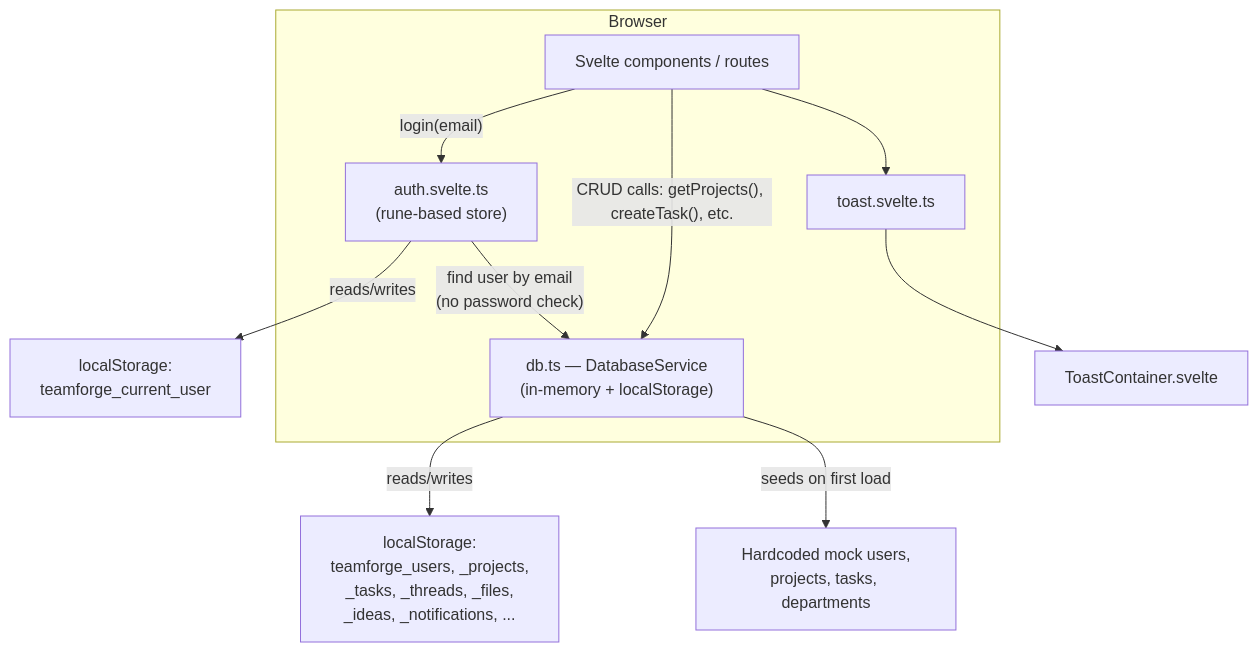
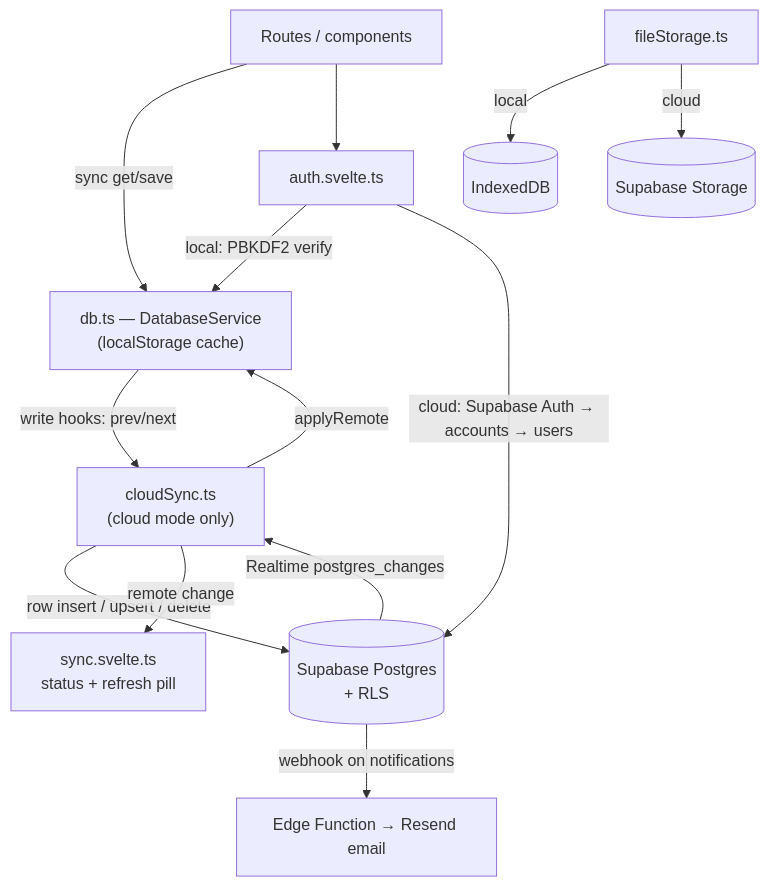
One commit to Arul-Prakash-K-C/Project-Sync changed the diagram in TeamForge/PIPELINE.md. Above: the diagram before and after it, drawn with Mermaid. The commit also changed other lines of this file and 58 other files, not shown here.

````diff
--- a/TeamForge/PIPELINE.md
+++ b/TeamForge/PIPELINE.md
@@ -30,20 +27,14 @@
 ```mermaid
 flowchart TD
-    subgraph Browser
-        UI[Svelte components / routes]
-        AuthStore["auth.svelte.ts\n(rune-based store)"]
-        ToastStore["toast.svelte.ts"]
-        DB["db.ts — DatabaseService\n(in-memory + localStorage)"]
-    end
-
-    UI -->|"login(email)"| AuthStore
-    AuthStore -->|reads/writes| LS1["localStorage:\nteamforge_current_user"]
-    AuthStore -->|"find user by email\n(no password check)"| DB
-
-    UI -->|"CRUD calls: getProjects(), createTask(), etc."| DB
-    DB -->|reads/writes| LS2["localStorage:\nteamforge_users, _projects,\n_tasks, _threads, _files,\n_ideas, _notifications, ..."]
-    DB -->|seeds on first load| SeedData["Hardcoded mock users,\nprojects, tasks, departments"]
-
-    UI --> ToastStore
-    ToastStore --> ToastContainer["ToastContainer.svelte"]
+    UI[Routes / components] -->|sync get/save| DB["db.ts — DatabaseService<br/>(localStorage cache)"]
+    UI --> Auth["auth.svelte.ts"]
+    DB -->|write hooks: prev/next| Sync["cloudSync.ts<br/>(cloud mode only)"]
+    Sync -->|row insert / upsert / delete| FS[(Supabase Postgres<br/>+ RLS)]
+    FS -->|Realtime postgres_changes| Sync -->|applyRemote| DB
+    Sync -->|remote change| SyncState["sync.svelte.ts<br/>status + refresh pill"]
+    Auth -->|local: PBKDF2 verify| DB
+    Auth -->|cloud: Supabase Auth → accounts → users| FS
+    Files["fileStorage.ts"] -->|local| IDB[(IndexedDB)]
+    Files -->|cloud| GCS[(Supabase Storage)]
+    FS -->|webhook on notifications| Mail["Edge Function → Resend email"]
 ```
````
